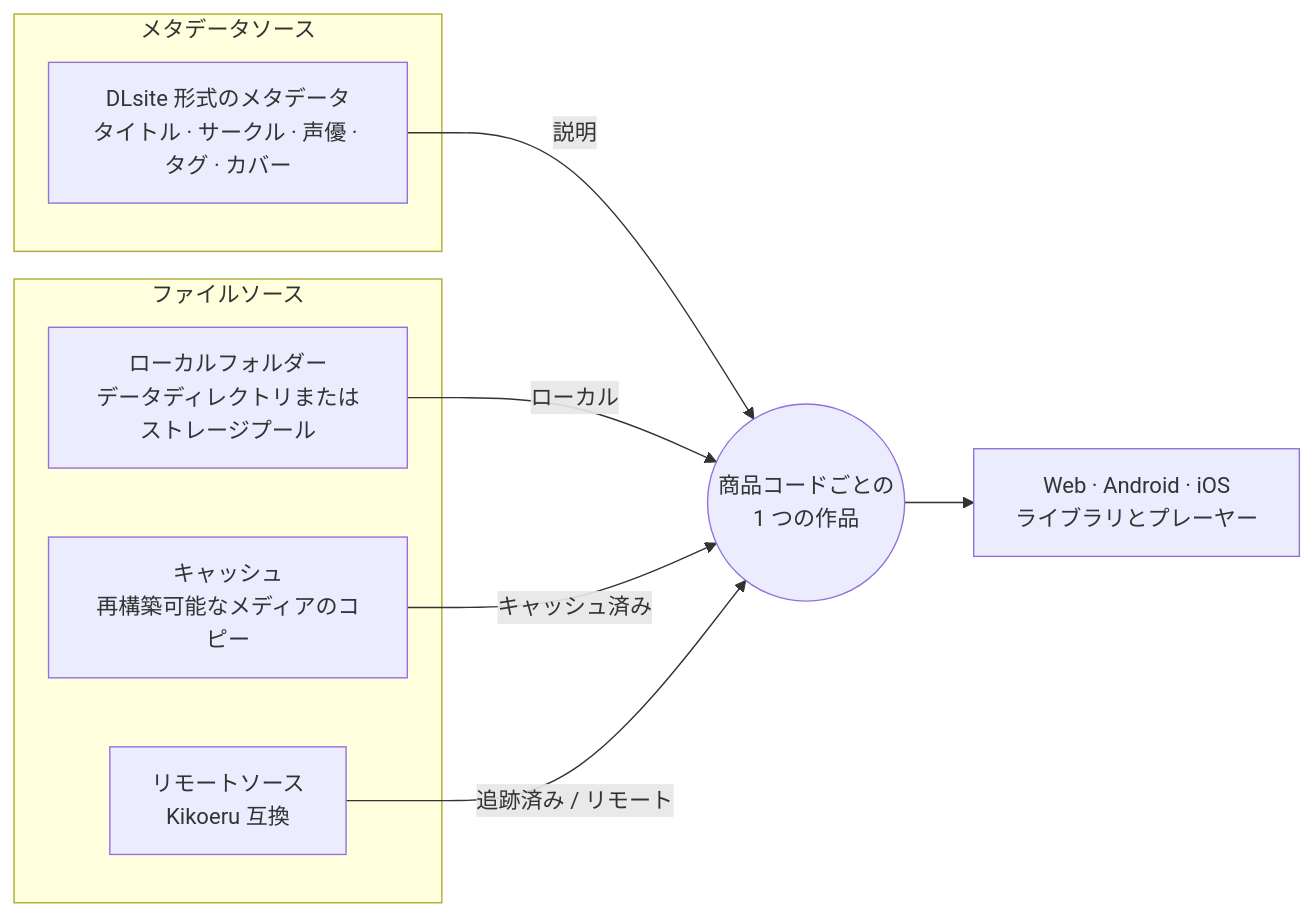
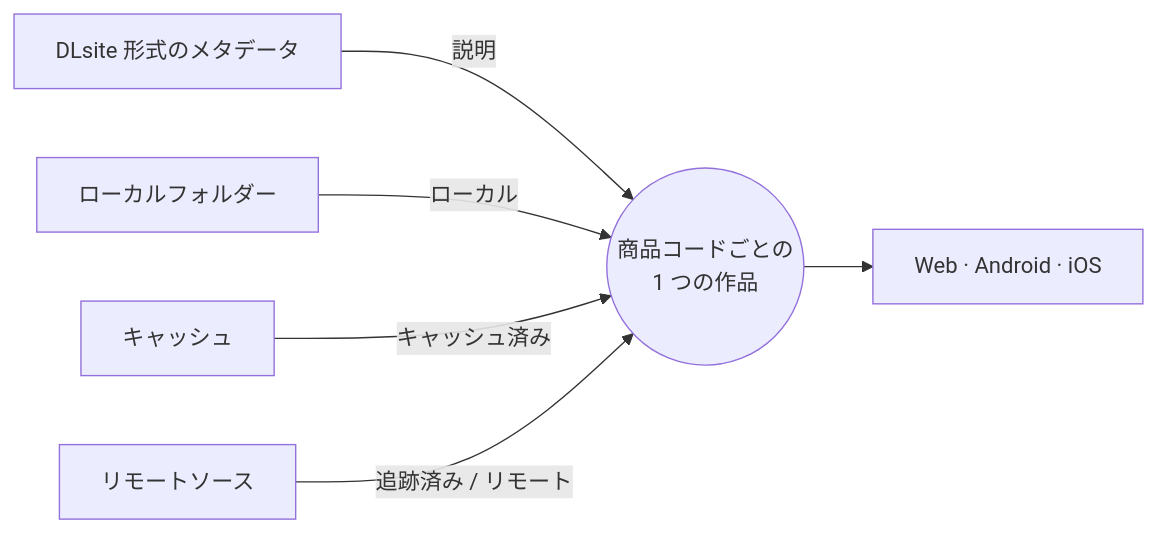
Before and after one commit to yexca/kikoto: the diagram in docs/readme/README.ja.md, drawn with Mermaid. The commit also changed other lines of this file and 21 other files, not shown here.

````diff
--- a/docs/readme/README.ja.md
+++ b/docs/readme/README.ja.md
@@ -116,18 +77,8 @@
 ```mermaid
 flowchart LR
-  subgraph Metadata["メタデータソース"]
-    MD["DLsite 形式のメタデータ<br/>タイトル · サークル · 声優 · タグ · カバー"]
-  end
-
-  subgraph Files["ファイルソース"]
-    LF["ローカルフォルダー<br/>データディレクトリまたはストレージプール"]
-    CA["キャッシュ<br/>再構築可能なメディアのコピー"]
-    RS["リモートソース<br/>Kikoeru 互換"]
-  end
-
-  MD -- 説明 --> W(("商品コードごとの<br/>1 つの作品"))
-  LF -- ローカル --> W
-  CA -- キャッシュ済み --> W
-  RS -- "追跡済み / リモート" --> W
-  W --> UI["Web · Android · iOS<br/>ライブラリとプレーヤー"]
+  MD["DLsite 形式のメタデータ"] -- 説明 --> W(("商品コードごとの<br/>1 つの作品"))
+  LF["ローカルフォルダー"] -- ローカル --> W
+  CA["キャッシュ"] -- キャッシュ済み --> W
+  RS["リモートソース"] -- "追跡済み / リモート" --> W
+  W --> UI["Web · Android · iOS"]
 ```
````
